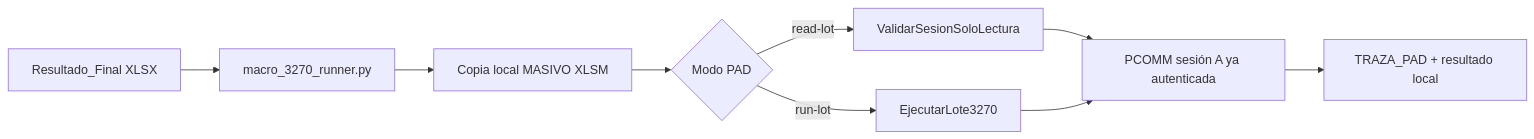
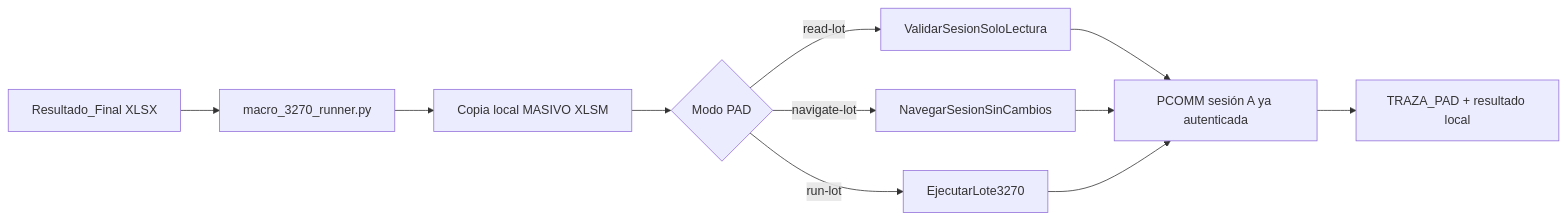
Before and after one commit to eduardo202020/auto-tasacion: the diagram in docs/operacion/ejecucion-macro-3270-pad-2026-10-14.md, drawn with Mermaid. The commit also changed other lines of this file and 3 other files, not shown here.

````diff
--- a/docs/operacion/ejecucion-macro-3270-pad-2026-10-14.md
+++ b/docs/operacion/ejecucion-macro-3270-pad-2026-10-14.md
@@ -13,11 +13,13 @@
 ```mermaid
 flowchart LR
     A[Resultado_Final XLSX] --> B[macro_3270_runner.py]
     B --> C[Copia local MASIVO XLSM]
     C --> D{Modo PAD}
     D -->|read-lot| E[ValidarSesionSoloLectura]
-    D -->|run-lot| F[EjecutarLote3270]
+    D -->|navigate-lot| F[NavegarSesionSinCambios]
+    D -->|run-lot| H[EjecutarLote3270]
     E --> G[PCOMM sesión A ya autenticada]
     F --> G
-    G --> H[TRAZA_PAD + resultado local]
+    H --> G
+    G --> I[TRAZA_PAD + resultado local]
 ```
````
